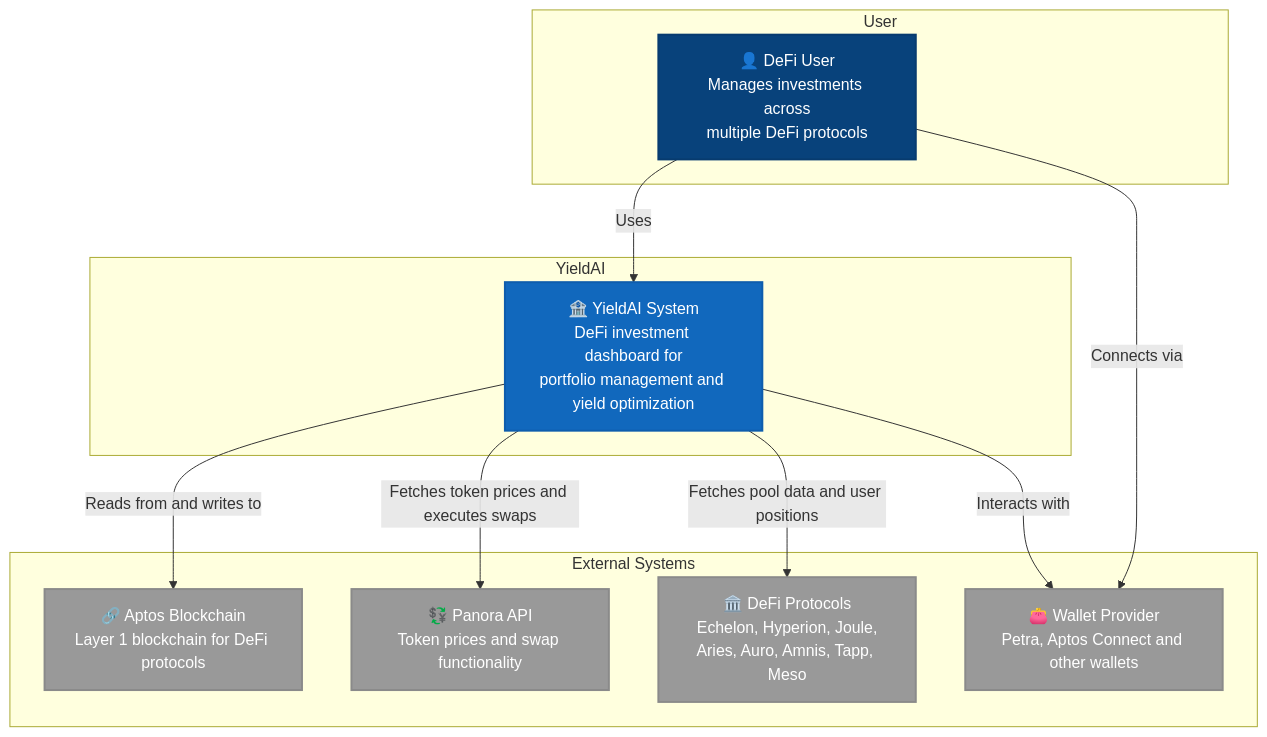
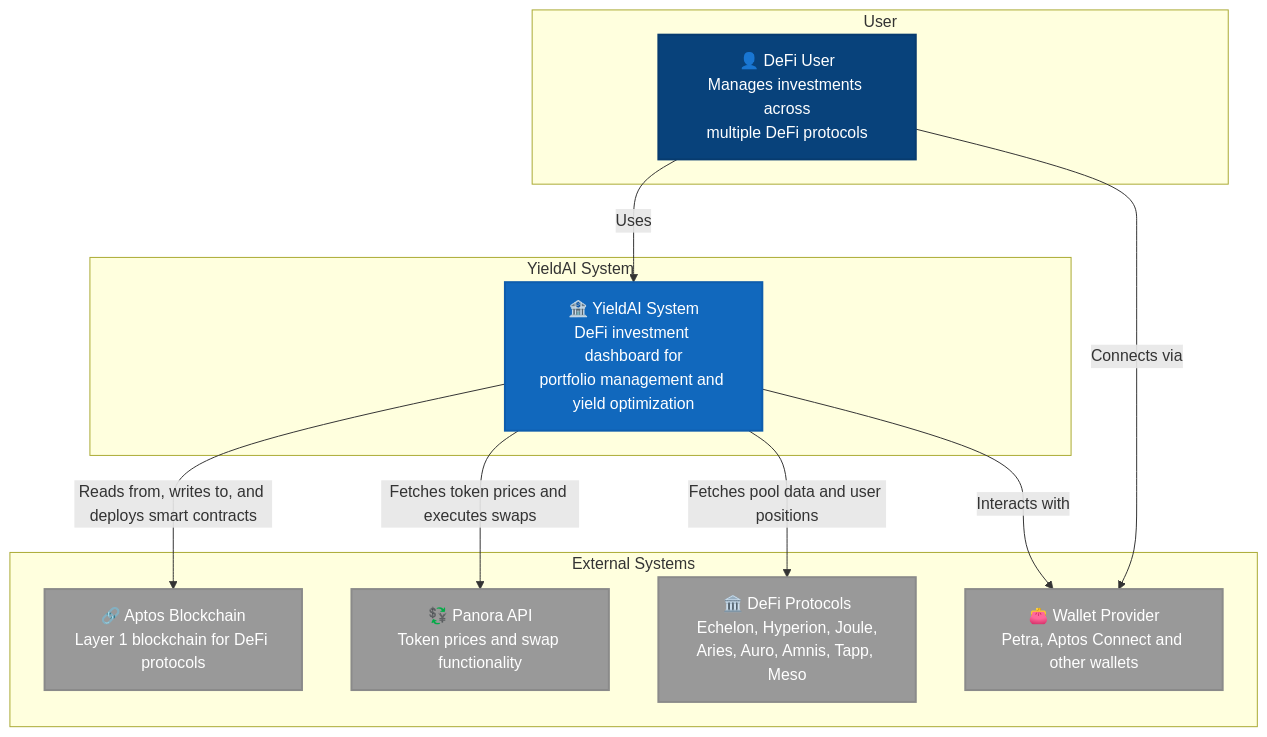
One commit to ssadkov/yield-ai changed the diagram in C4_Context_Diagram.md. Above: the diagram before and after it, drawn with Mermaid. The commit also changed other lines of this file and 1 other file, not shown here.

Commit message:
Update Context Diagram to clarify the YieldAI System's role, enhance user interaction descriptions, and include smart contract deployment capabilities on the Aptos blockchain.

````diff
--- a/C4_Context_Diagram.md
+++ b/C4_Context_Diagram.md
@@ -7,33 +7,36 @@
 ```mermaid
 graph TD
 
   subgraph User
     U[👤 DeFi User<br/>Manages investments across<br/>multiple DeFi protocols]
   end
 
-  subgraph YieldAI
+  subgraph YieldAI System
     Y[🏦 YieldAI System<br/>DeFi investment dashboard for<br/>portfolio management and yield optimization]
   end
 
   subgraph External Systems
     A[🔗 Aptos Blockchain<br/>Layer 1 blockchain for DeFi protocols]
     P[💱 Panora API<br/>Token prices and swap functionality]
     D[🏛️ DeFi Protocols<br/>Echelon, Hyperion, Joule,<br/>Aries, Auro, Amnis, Tapp, Meso]
     W[👛 Wallet Provider<br/>Petra, Aptos Connect and other wallets]
   end
 
+  %% User interactions
   U -->|Uses| Y
-  Y -->|Reads from and writes to| A
+
+  %% Web App to API Gateway
+  Y -->|Reads from, writes to, and deploys smart contracts| A
   Y -->|Fetches token prices and executes swaps| P
   Y -->|Fetches pool data and user positions| D
   U -->|Connects via| W
   Y -->|Interacts with| W
 
   classDef person fill:#08427B,stroke:#073B6F,stroke-width:2px,color:#fff
   classDef system fill:#1168BD,stroke:#0E5DAD,stroke-width:2px,color:#fff
   classDef external fill:#999999,stroke:#8A8A8A,stroke-width:2px,color:#fff
 
   class U person
   class Y system
   class A,P,D,W external
 ```
````
